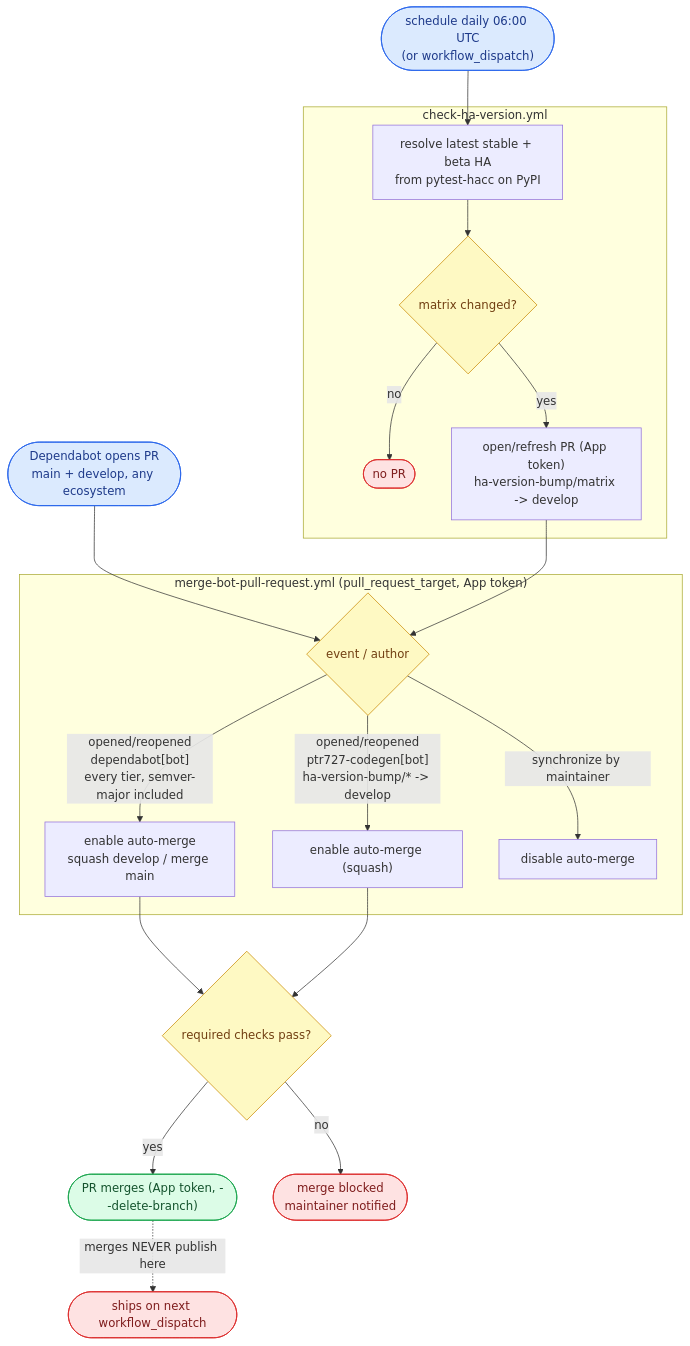
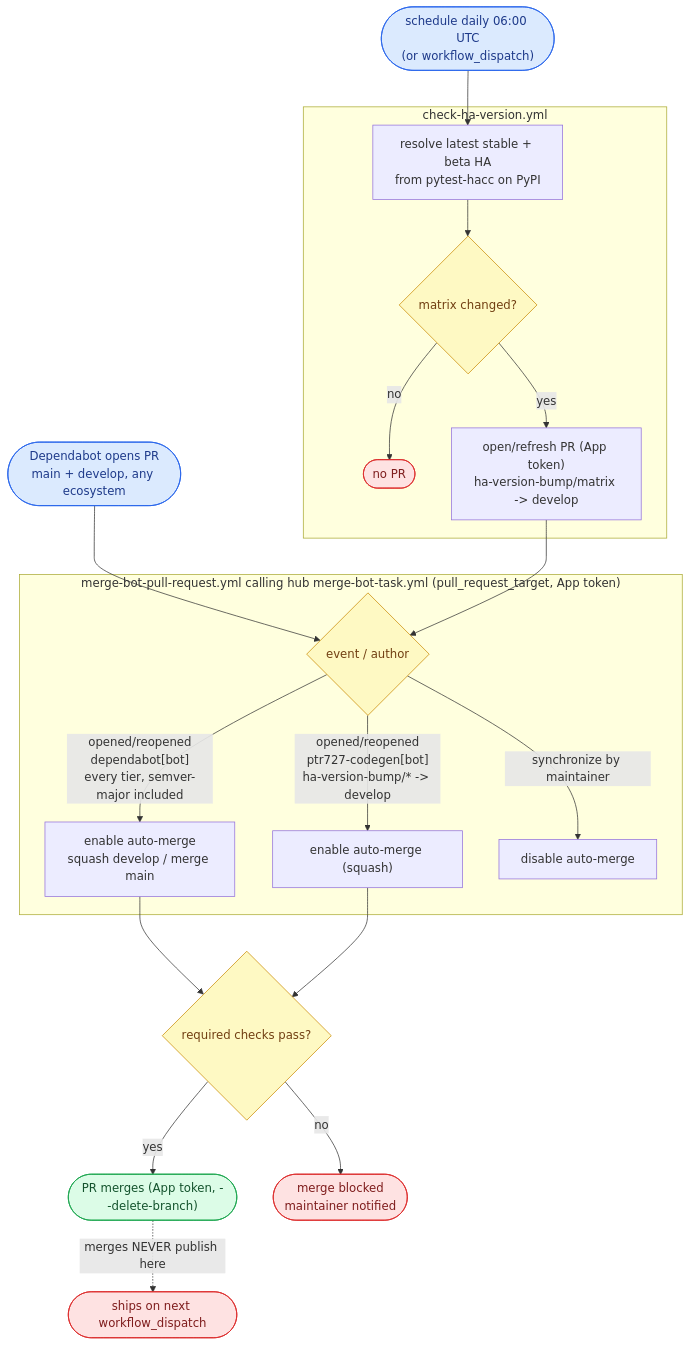
The fourth of 4 diagrams in WORKFLOW.md (ptr727/homeassistant-purpleair), drawn with Mermaid before and after one commit. The commit also changed other lines of this file and 2 other files, not shown here.

First line of the commit message:
Call the Hub's Merge-Bot Task From the Merge-Bot Workflow

````diff
--- a/WORKFLOW.md
+++ b/WORKFLOW.md
@@ -340,26 +340,26 @@
 ```mermaid
 flowchart TD
     SCH(["schedule daily 06:00 UTC<br/>(or workflow_dispatch)"]):::trig --> CHK
     subgraph CHT ["check-ha-version.yml"]
         CHK["resolve latest stable + beta HA<br/>from pytest-hacc on PyPI"] --> CHC{"matrix changed?"}:::gate
         CHC -- "no" --> CHN(["no PR"]):::stop
         CHC -- "yes" --> CPR["open/refresh PR (App token)<br/>ha-version-bump/matrix -> develop"]
     end
     DEP(["Dependabot opens PR<br/>main + develop, any ecosystem"]):::trig --> MB
     CPR --> MB
-    subgraph MBT ["merge-bot-pull-request.yml (pull_request_target, App token)"]
+    subgraph MBT ["merge-bot-pull-request.yml calling hub merge-bot-task.yml (pull_request_target, App token)"]
         MB{"event / author"}:::gate
         MB -- "opened/reopened<br/>dependabot[bot]<br/>every tier, semver-major included" --> EN["enable auto-merge<br/>squash develop / merge main"]
         MB -- "opened/reopened<br/>ptr727-codegen[bot]<br/>ha-version-bump/* -> develop" --> ENH["enable auto-merge (squash)"]
         MB -- "synchronize by maintainer" --> DIS["disable auto-merge"]
     end
     EN --> CK{"required checks pass?"}:::gate
     ENH --> CK
     CK -- "yes" --> MRG(["PR merges (App token, --delete-branch)"]):::pub
     CK -- "no" --> BLK(["merge blocked<br/>maintainer notified"]):::stop
     MRG -. "merges NEVER publish here" .-> DSP(["ships on next workflow_dispatch"]):::stop
     classDef trig fill:#dbeafe,stroke:#2563eb,color:#1e3a8a
     classDef gate fill:#fef9c3,stroke:#ca8a04,color:#713f12
     classDef pub fill:#dcfce7,stroke:#16a34a,color:#14532d
     classDef stop fill:#fee2e2,stroke:#dc2626,color:#7f1d1d
 ```
````
